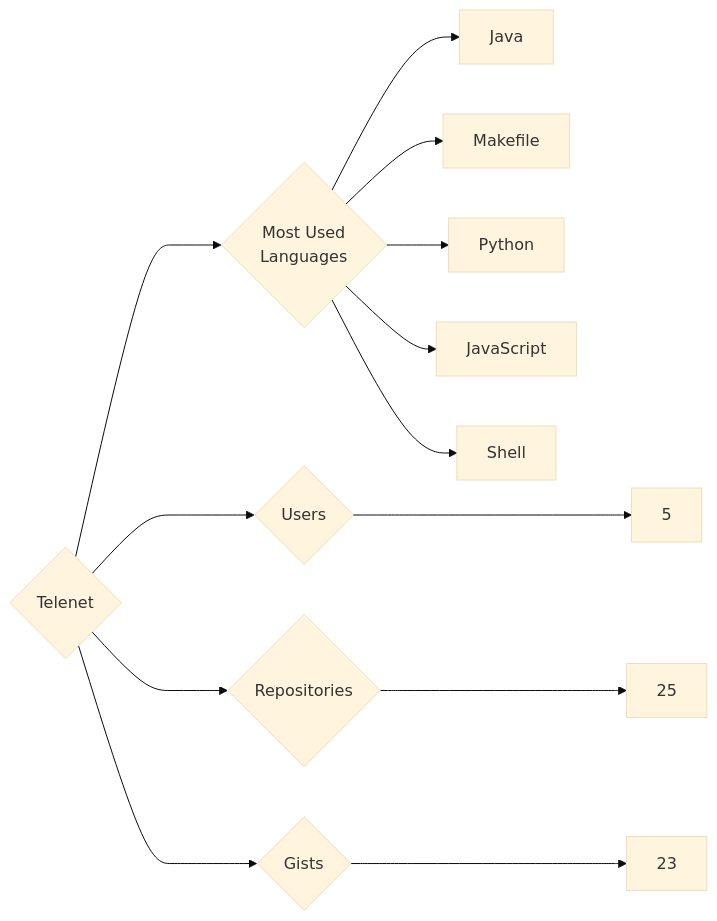
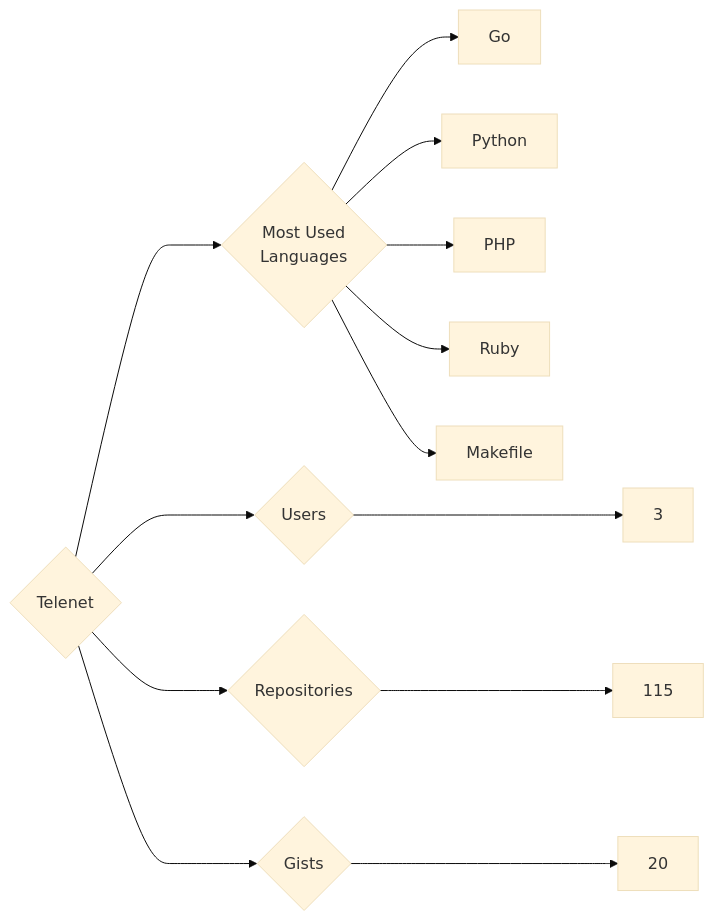
The diagram in targets/Telenet/README.md (trickest/insiders), drawn with Mermaid (base theme) before and after one commit. The commit also changed 1496 other files, not shown here.

````diff
--- a/targets/Telenet/README.md
+++ b/targets/Telenet/README.md
@@ -3,13 +3,13 @@
 ```mermaid
 graph LR
 COMPANY_NAME{Telenet}
-COMPANY_NAME ---> U{Users} ---> UN[5]
-COMPANY_NAME ---> R{Repositories} ---> RN[25]
-COMPANY_NAME ---> G{Gists} ---> GN[23]
+COMPANY_NAME ---> U{Users} ---> UN[3]
+COMPANY_NAME ---> R{Repositories} ---> RN[115]
+COMPANY_NAME ---> G{Gists} ---> GN[20]
 COMPANY_NAME ---> ML{Most Used<br>Languages}
-ML --> Java[Java]
+ML --> Go[Go]
+ML --> Python[Python]
+ML --> PHP[PHP]
+ML --> Ruby[Ruby]
 ML --> Makefile[Makefile]
-ML --> Python[Python]
-ML --> JavaScript[JavaScript]
-ML --> Shell[Shell]
 ```
````
